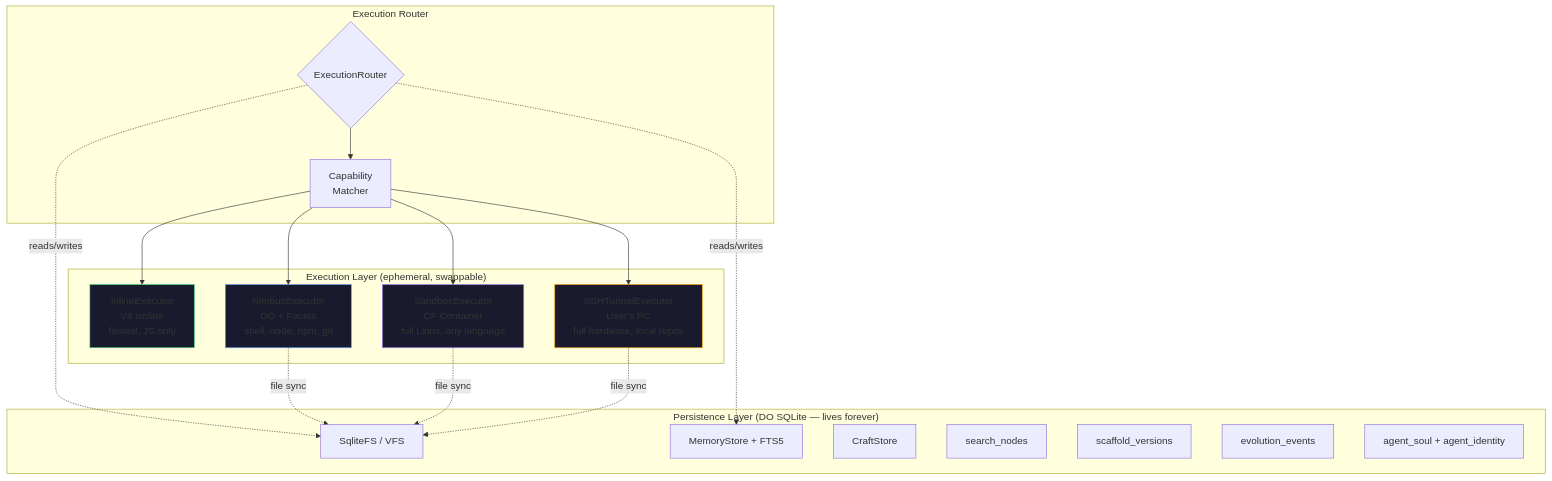
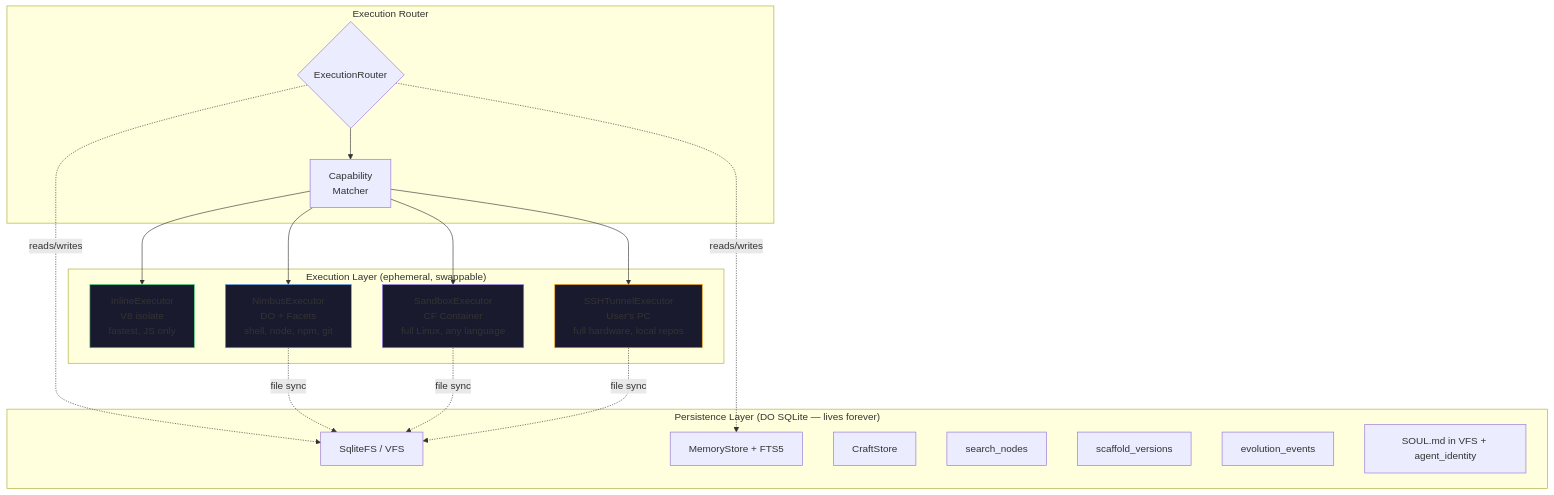
Before and after one commit to AshishKumar4/Proteus: the first of 4 diagrams in docs/EXECUTION-LAYER-SPEC.md, drawn with Mermaid. The commit also changed other lines of this file and 56 other files, not shown here.

````diff
--- a/docs/EXECUTION-LAYER-SPEC.md
+++ b/docs/EXECUTION-LAYER-SPEC.md
@@ -36,41 +38,41 @@
 ```mermaid
 graph TB
     subgraph "Persistence Layer (DO SQLite — lives forever)"
         VFS[SqliteFS / VFS]
         Memory[MemoryStore + FTS5]
         Craft[CraftStore]
         MCTS[search_nodes]
         Scaffold[scaffold_versions]
         Evolution[evolution_events]
-        Identity[agent_soul + agent_identity]
+        Identity[SOUL.md in VFS + agent_identity]
     end
 
     subgraph "Execution Router"
         Router{ExecutionRouter}
         CapCheck[Capability<br/>Matcher]
     end
 
     subgraph "Execution Layer (ephemeral, swappable)"
         Inline[InlineExecutor<br/>V8 isolate<br/>fastest, JS only]
         Nimbus[NimbusExecutor<br/>DO + Facets<br/>shell, node, npm, git]
         Sandbox[SandboxExecutor<br/>CF Container<br/>full Linux, any language]
         SSH[SSHTunnelExecutor<br/>User's PC<br/>full hardware, local repos]
     end
 
     Router --> CapCheck
     CapCheck --> Inline
     CapCheck --> Nimbus
     CapCheck --> Sandbox
     CapCheck --> SSH
 
     Router -.->|reads/writes| VFS
     Router -.->|reads/writes| Memory
     Nimbus -.->|file sync| VFS
     Sandbox -.->|file sync| VFS
     SSH -.->|file sync| VFS
 
     style Inline fill:#1a1a2e,stroke:#4ade80
     style Nimbus fill:#1a1a2e,stroke:#60a5fa
     style Sandbox fill:#1a1a2e,stroke:#a78bfa
     style SSH fill:#1a1a2e,stroke:#f59e0b
 ```
````
